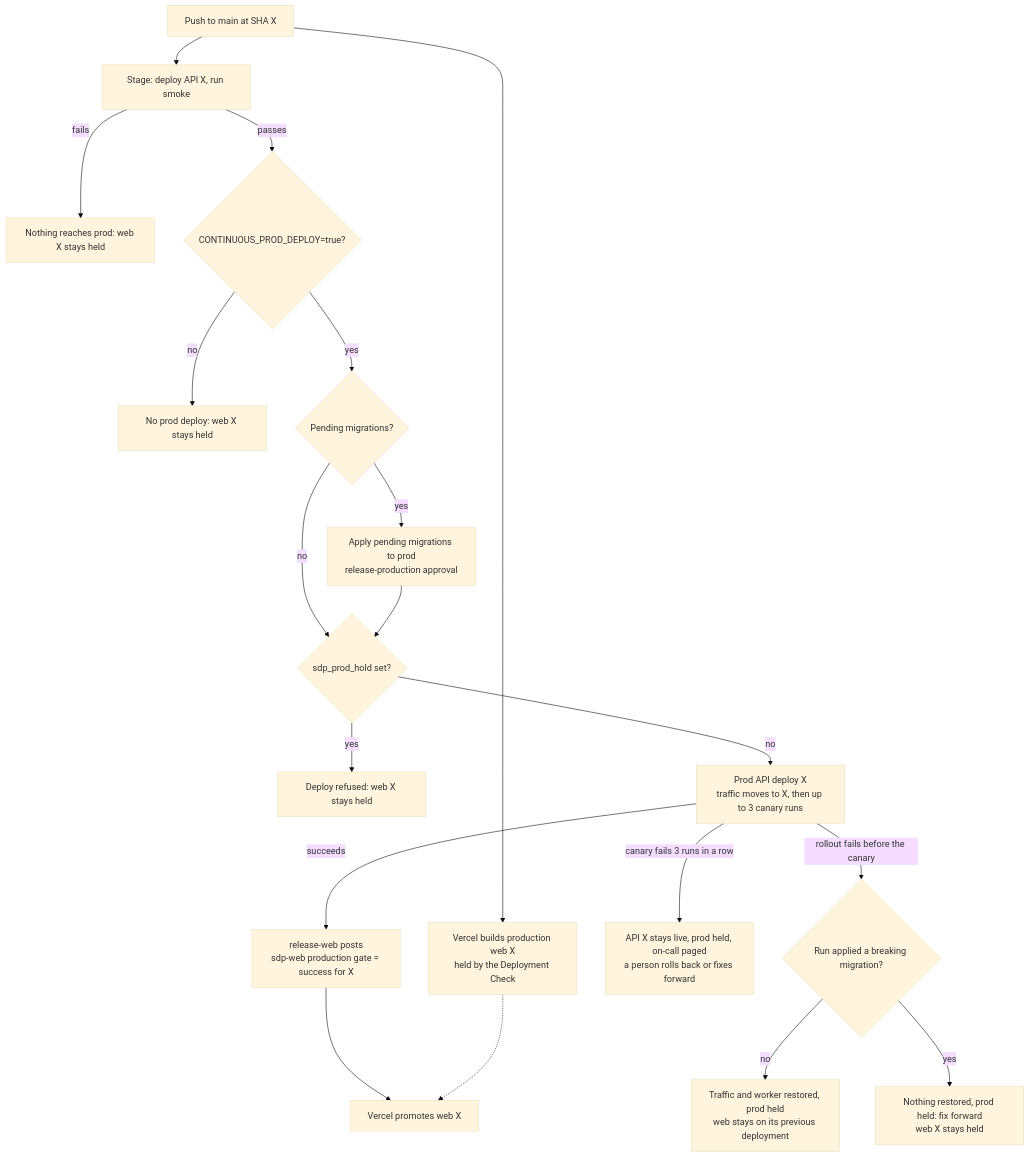
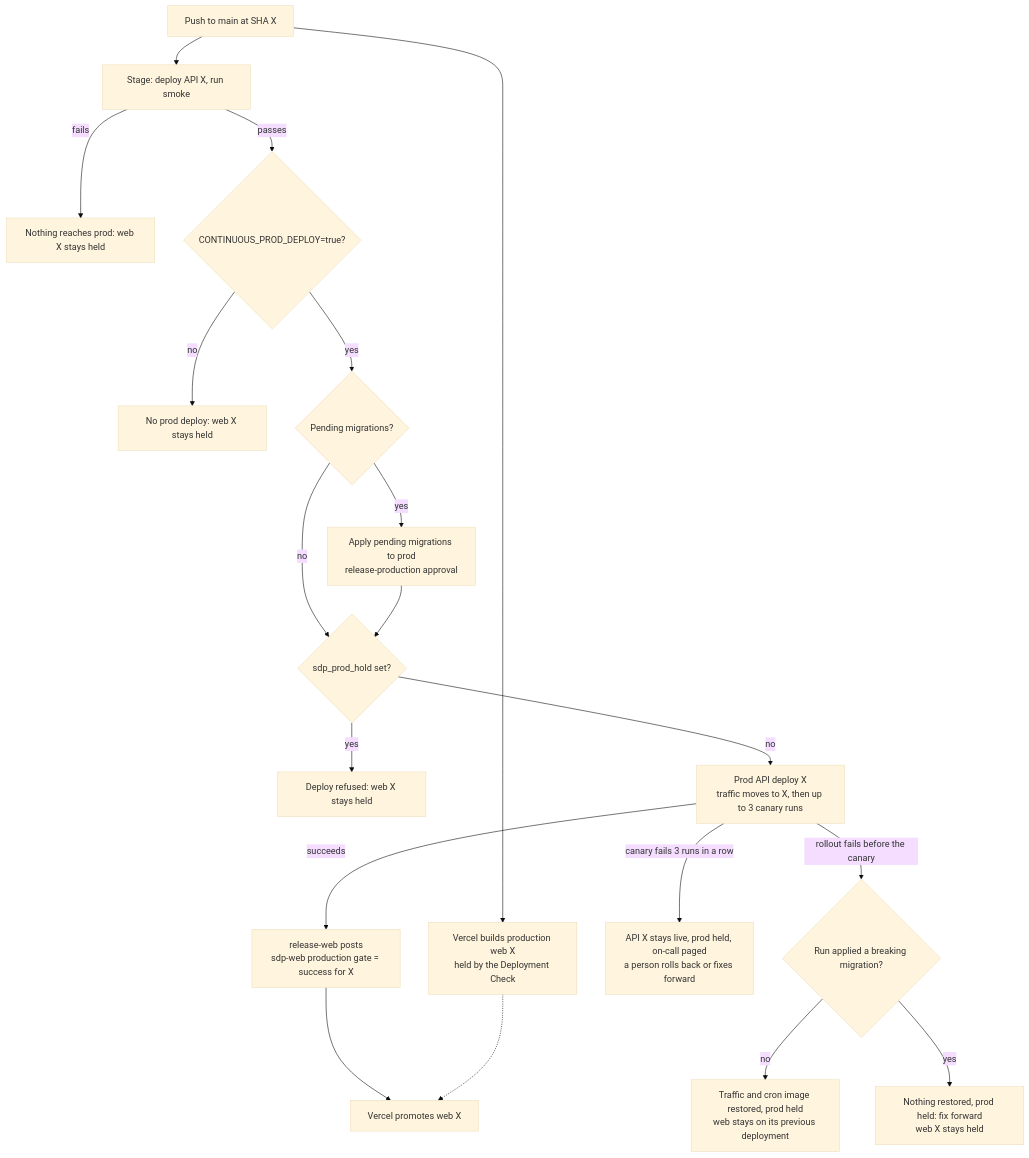
One commit to solana-foundation/solana-developer-platform changed the diagram in docs/ops/release-operations.md. Above: the diagram before and after it, drawn with Mermaid (base theme). The commit also changed other lines of this file and 13 other files, not shown here.

````diff
--- a/docs/ops/release-operations.md
+++ b/docs/ops/release-operations.md
@@ -21,21 +21,21 @@
 ```mermaid
 flowchart TD
   M["Push to main at SHA X"] --> WB["Vercel builds production web X<br/>held by the Deployment Check"]
   M --> ST["Stage: deploy API X, run smoke"]
   ST -- fails --> H1["Nothing reaches prod: web X stays held"]
   ST -- passes --> KS{"CONTINUOUS_PROD_DEPLOY=true?"}
   KS -- no --> H0["No prod deploy: web X stays held"]
   KS -- yes --> SC{"Pending migrations?"}
   SC -- yes --> AP["Apply pending migrations to prod<br/>release-production approval"]
   SC -- no --> HD{"sdp_prod_hold set?"}
   AP --> HD
   HD -- yes --> H4["Deploy refused: web X stays held"]
   HD -- no --> PD["Prod API deploy X<br/>traffic moves to X, then up to 3 canary runs"]
   PD -- "rollout fails before the canary" --> BR{"Run applied a breaking migration?"}
-  BR -- no --> H2["Traffic and worker restored, prod held<br/>web stays on its previous deployment"]
+  BR -- no --> H2["Traffic and cron image restored, prod held<br/>web stays on its previous deployment"]
   BR -- yes --> H3["Nothing restored, prod held: fix forward<br/>web X stays held"]
   PD -- "canary fails 3 runs in a row" --> H5["API X stays live, prod held, on-call paged<br/>a person rolls back or fixes forward"]
   PD -- succeeds --> RW["release-web posts<br/>sdp-web production gate = success for X"]
   RW --> VP["Vercel promotes web X"]
   WB -.-> VP
 ```
````
